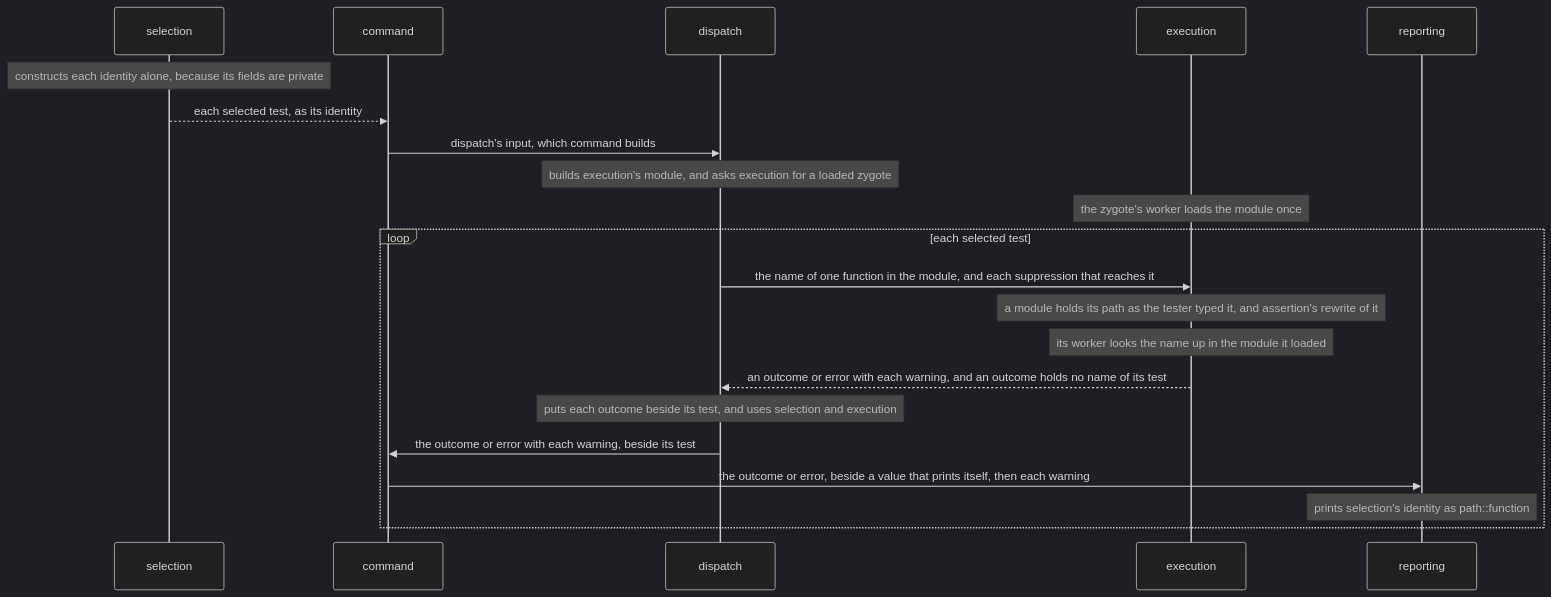
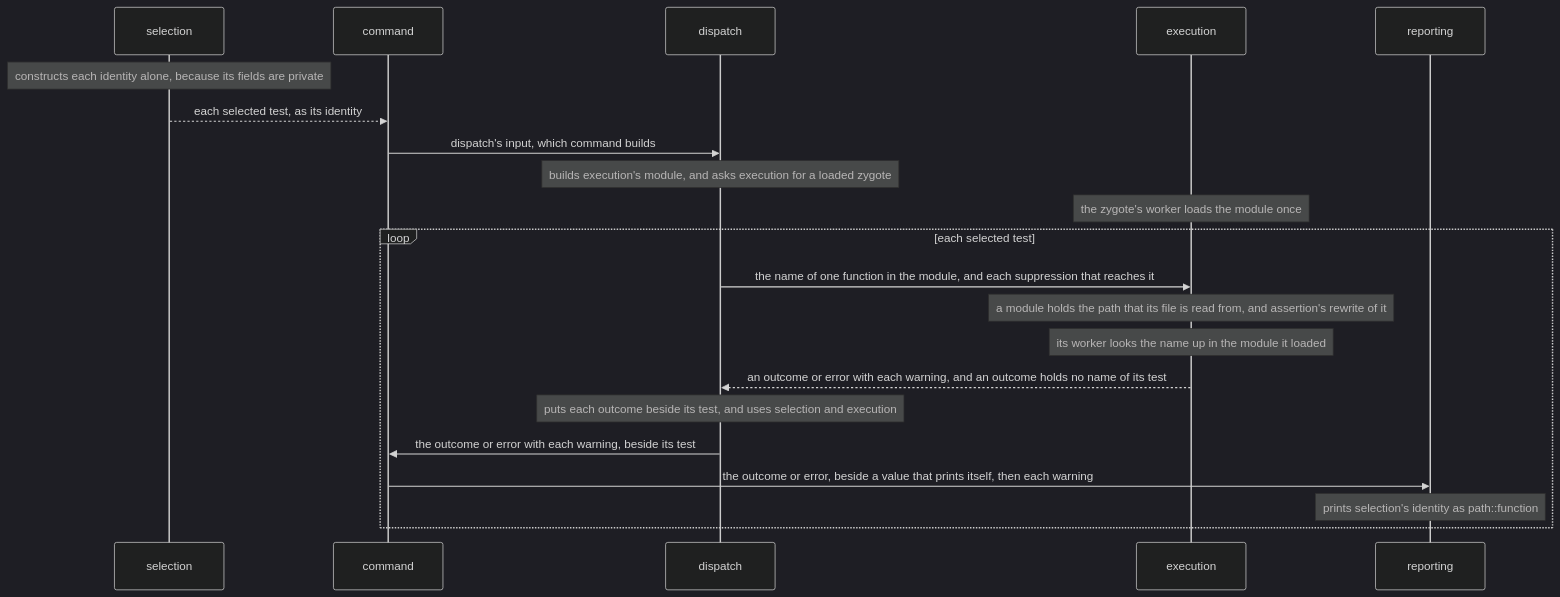
The diagram in docs/decisions/execution-calls-a-test-by-its-functions-name.md (kalonji-tools/purba), drawn with Mermaid (dark theme) before and after one commit. The commit also changed other lines of this file and 65 other files, not shown here.

````diff
--- a/docs/decisions/execution-calls-a-test-by-its-functions-name.md
+++ b/docs/decisions/execution-calls-a-test-by-its-functions-name.md
@@ -32,23 +32,23 @@
 ```mermaid
 sequenceDiagram
   participant selection
   participant command
   participant dispatch
   participant execution
   participant reporting
   Note over selection: constructs each identity alone, because its fields are private
   selection-->>command: each selected test, as its identity
   command->>dispatch: dispatch's input, which command builds
   Note over dispatch: builds execution's module, and asks execution for a loaded zygote
   Note over execution: the zygote's worker loads the module once
   loop each selected test
     dispatch->>execution: the name of one function in the module, and each suppression that reaches it
-    Note over execution: a module holds its path as the tester typed it, and assertion's rewrite of it
+    Note over execution: a module holds the path that its file is read from, and assertion's rewrite of it
     Note over execution: its worker looks the name up in the module it loaded
     execution-->>dispatch: an outcome or error with each warning, and an outcome holds no name of its test
     Note over dispatch: puts each outcome beside its test, and uses selection and execution
     dispatch->>command: the outcome or error with each warning, beside its test
     command->>reporting: the outcome or error, beside a value that prints itself, then each warning
     Note over reporting: prints selection's identity as path::function
   end
 ```
````
